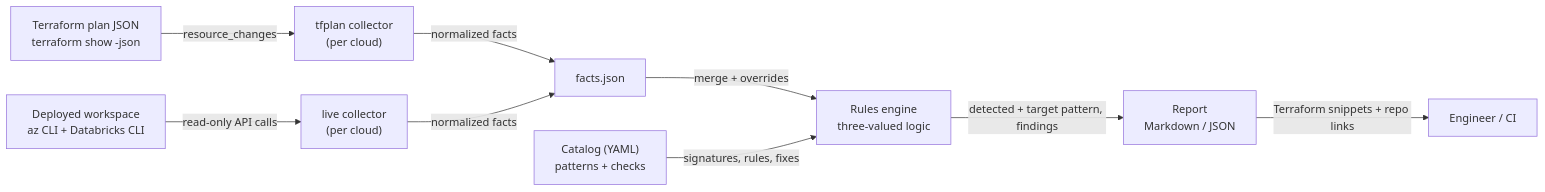
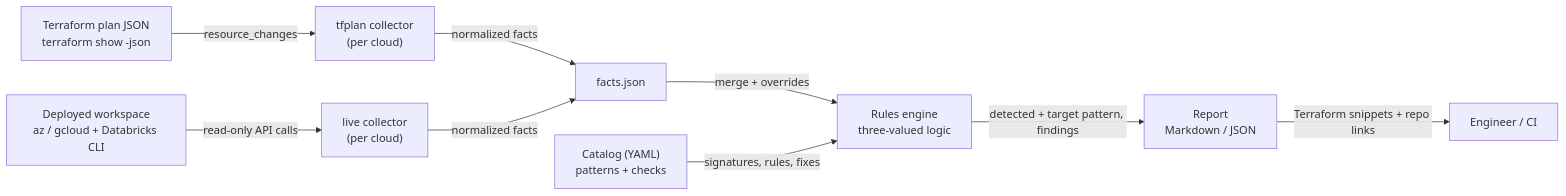
One commit to bhavink/databricks changed the first of 2 diagrams in well-architected-agent/README.md. Above: the diagram before and after it, drawn with Mermaid. The commit also changed other lines of this file and 35 other files, not shown here.

````diff
--- a/well-architected-agent/README.md
+++ b/well-architected-agent/README.md
@@ -138,11 +145,11 @@
 ```mermaid
 flowchart LR
   PLAN["Terraform plan JSON<br/>terraform show -json"] -->|"resource_changes"| TFC["tfplan collector<br/>(per cloud)"]
-  LIVE["Deployed workspace<br/>az CLI + Databricks CLI"] -->|"read-only API calls"| LC["live collector<br/>(per cloud)"]
+  LIVE["Deployed workspace<br/>az / gcloud + Databricks CLI"] -->|"read-only API calls"| LC["live collector<br/>(per cloud)"]
   TFC -->|"normalized facts"| FACTS["facts.json"]
   LC -->|"normalized facts"| FACTS
   FACTS -->|"merge + overrides"| ENG["Rules engine<br/>three-valued logic"]
   CAT["Catalog (YAML)<br/>patterns + checks"] -->|"signatures, rules, fixes"| ENG
   ENG -->|"detected + target pattern, findings"| REP["Report<br/>Markdown / JSON"]
   REP -->|"Terraform snippets + repo links"| USER["Engineer / CI"]
 ```
````
